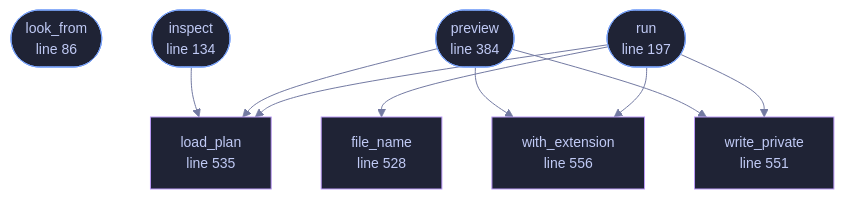
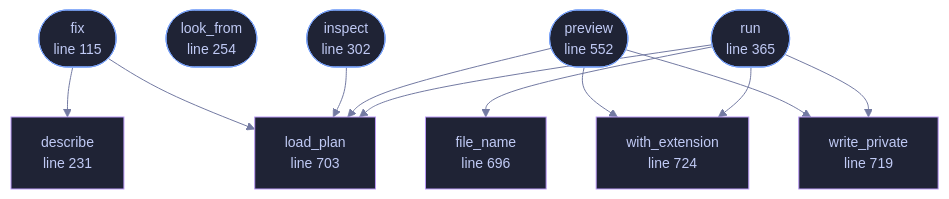
The diagram in wiki/File-veilvoice-cli-conversation.md (tilas01/veilvoice), drawn with Mermaid before and after one commit. The commit also changed other lines of this file and 55 other files, not shown here.

First line of the commit message:
conversation: correct the plan, because the wrong voice cannot be heard

````diff
--- a/wiki/File-veilvoice-cli-conversation.md
+++ b/wiki/File-veilvoice-cli-conversation.md
@@ -103,32 +109,38 @@
 ```mermaid
 %%{init: {"theme":"base","themeVariables":{"background":"#1a1b26","primaryColor":"#1f2335","primaryTextColor":"#c0caf5","primaryBorderColor":"#7aa2f7","secondaryColor":"#16161e","tertiaryColor":"#16161e","lineColor":"#737aa2","textColor":"#c0caf5","mainBkg":"#1f2335","nodeBorder":"#7aa2f7","clusterBkg":"#16161e","clusterBorder":"#2f3549","fontFamily":"ui-monospace, SFMono-Regular, Consolas, monospace","fontSize":"14px"}}}%%
 flowchart TD
-    n_look_from(["look_from<br/>line 86"])
-    n_inspect(["inspect<br/>line 134"])
-    n_run(["run<br/>line 197"])
-    n_preview(["preview<br/>line 384"])
-    n_file_name["file_name<br/>line 528"]
-    n_load_plan["load_plan<br/>line 535"]
-    n_write_private["write_private<br/>line 551"]
-    n_with_extension["with_extension<br/>line 556"]
+    n_fix(["fix<br/>line 115"])
+    n_describe["describe<br/>line 231"]
+    n_look_from(["look_from<br/>line 254"])
+    n_inspect(["inspect<br/>line 302"])
+    n_run(["run<br/>line 365"])
+    n_preview(["preview<br/>line 552"])
+    n_file_name["file_name<br/>line 696"]
+    n_load_plan["load_plan<br/>line 703"]
+    n_write_private["write_private<br/>line 719"]
+    n_with_extension["with_extension<br/>line 724"]
+    n_fix --> n_describe
+    n_fix --> n_load_plan
     n_inspect --> n_load_plan
     n_preview --> n_load_plan
     n_preview --> n_with_extension
     n_preview --> n_write_private
     n_run --> n_file_name
     n_run --> n_load_plan
     n_run --> n_with_extension
     n_run --> n_write_private
-    click n_look_from href "https://github.com/tilas01/veilvoice/blob/main/crates/veilvoice-cli/src/conversation.rs#L86" "open the source"
-    click n_inspect href "https://github.com/tilas01/veilvoice/blob/main/crates/veilvoice-cli/src/conversation.rs#L134" "open the source"
-    click n_run href "https://github.com/tilas01/veilvoice/blob/main/crates/veilvoice-cli/src/conversation.rs#L197" "open the source"
-    click n_preview href "https://github.com/tilas01/veilvoice/blob/main/crates/veilvoice-cli/src/conversation.rs#L384" "open the source"
-    click n_file_name href "https://github.com/tilas01/veilvoice/blob/main/crates/veilvoice-cli/src/conversation.rs#L528" "open the source"
-    click n_load_plan href "https://github.com/tilas01/veilvoice/blob/main/crates/veilvoice-cli/src/conversation.rs#L535" "open the source"
-    click n_write_private href "https://github.com/tilas01/veilvoice/blob/main/crates/veilvoice-cli/src/conversation.rs#L551" "open the source"
-    click n_with_extension href "https://github.com/tilas01/veilvoice/blob/main/crates/veilvoice-cli/src/conversation.rs#L556" "open the source"
+    click n_fix href "https://github.com/tilas01/veilvoice/blob/main/crates/veilvoice-cli/src/conversation.rs#L115" "open the source"
+    click n_describe href "https://github.com/tilas01/veilvoice/blob/main/crates/veilvoice-cli/src/conversation.rs#L231" "open the source"
+    click n_look_from href "https://github.com/tilas01/veilvoice/blob/main/crates/veilvoice-cli/src/conversation.rs#L254" "open the source"
+    click n_inspect href "https://github.com/tilas01/veilvoice/blob/main/crates/veilvoice-cli/src/conversation.rs#L302" "open the source"
+    click n_run href "https://github.com/tilas01/veilvoice/blob/main/crates/veilvoice-cli/src/conversation.rs#L365" "open the source"
+    click n_preview href "https://github.com/tilas01/veilvoice/blob/main/crates/veilvoice-cli/src/conversation.rs#L552" "open the source"
+    click n_file_name href "https://github.com/tilas01/veilvoice/blob/main/crates/veilvoice-cli/src/conversation.rs#L696" "open the source"
+    click n_load_plan href "https://github.com/tilas01/veilvoice/blob/main/crates/veilvoice-cli/src/conversation.rs#L703" "open the source"
+    click n_write_private href "https://github.com/tilas01/veilvoice/blob/main/crates/veilvoice-cli/src/conversation.rs#L719" "open the source"
+    click n_with_extension href "https://github.com/tilas01/veilvoice/blob/main/crates/veilvoice-cli/src/conversation.rs#L724" "open the source"
     classDef entry fill:#1f2335,stroke:#7aa2f7,color:#c0caf5
-    class n_look_from,n_inspect,n_run,n_preview entry
+    class n_fix,n_look_from,n_inspect,n_run,n_preview entry
     classDef helper fill:#1f2335,stroke:#bb9af7,color:#c0caf5
-    class n_file_name,n_load_plan,n_write_private,n_with_extension helper
+    class n_describe,n_file_name,n_load_plan,n_write_private,n_with_extension helper
 ```
````
